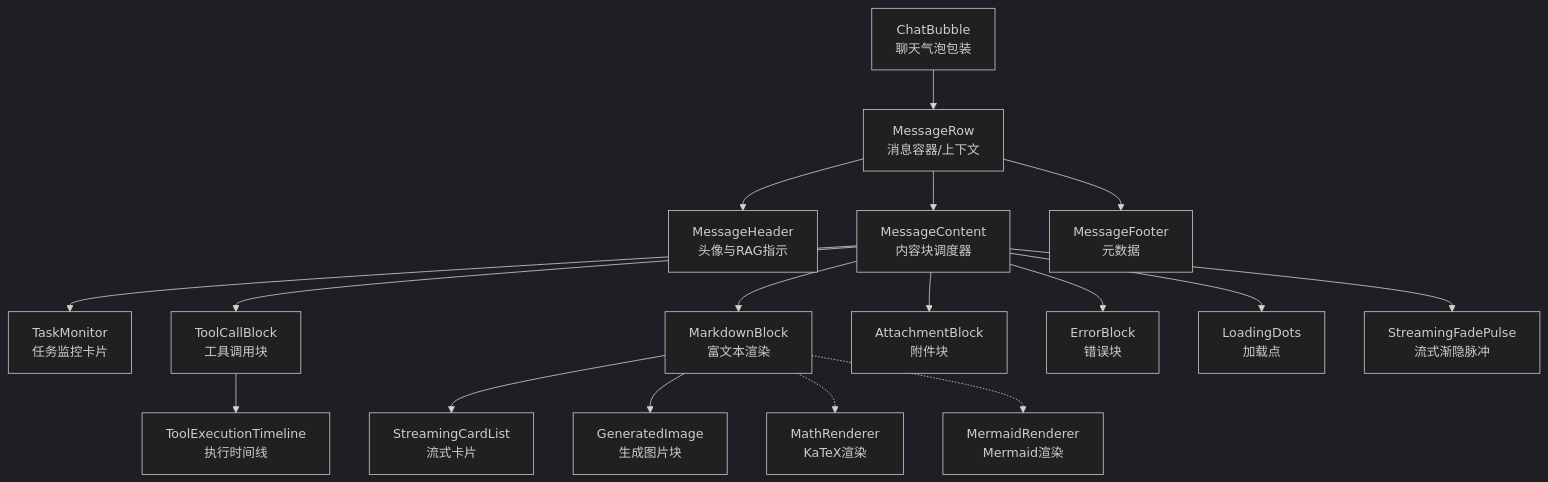
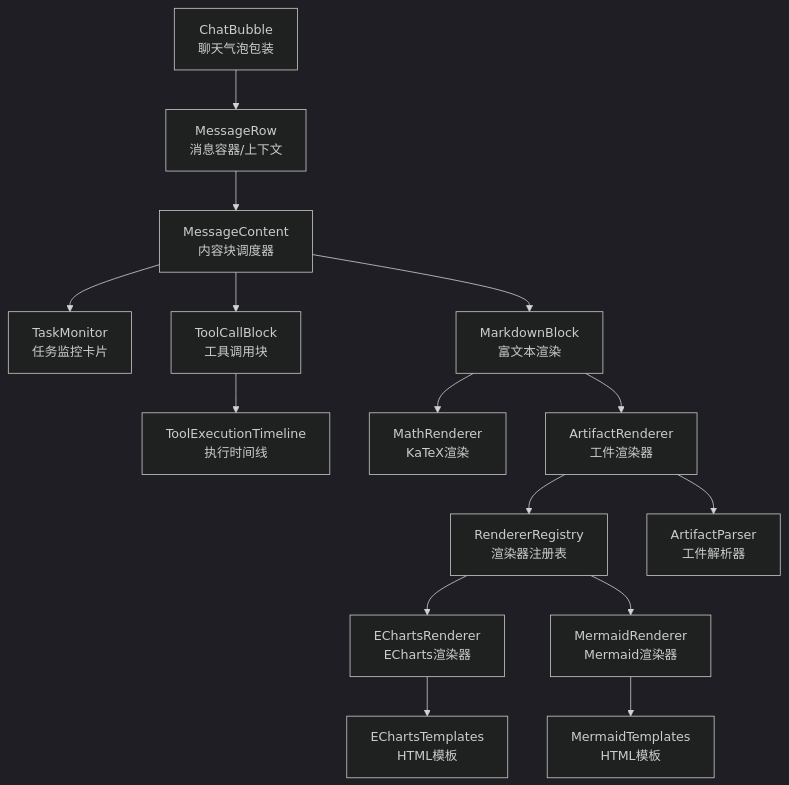
Before and after one commit to NarcisWL/Nexara: the first of 11 diagrams in .qoder/repowiki/zh/content/UI组件系统/聊天组件.md, drawn with Mermaid (dark theme). The commit also changed other lines of this file and 4 other files, not shown here.

````diff
--- a/.qoder/repowiki/zh/content/UI组件系统/聊天组件.md
+++ b/.qoder/repowiki/zh/content/UI组件系统/聊天组件.md
@@ -56,19 +76,17 @@
 ```mermaid
 graph TB
 ChatBubble["ChatBubble<br/>聊天气泡包装"] --> MessageRow["MessageRow<br/>消息容器/上下文"]
-MessageRow --> MessageHeader["MessageHeader<br/>头像与RAG指示"]
 MessageRow --> MessageContent["MessageContent<br/>内容块调度器"]
-MessageRow --> MessageFooter["MessageFooter<br/>元数据"]
 MessageContent --> TaskMonitor["TaskMonitor<br/>任务监控卡片"]
 MessageContent --> ToolCallBlock["ToolCallBlock<br/>工具调用块"]
 ToolCallBlock --> ToolExecutionTimeline["ToolExecutionTimeline<br/>执行时间线"]
 MessageContent --> MarkdownBlock["MarkdownBlock<br/>富文本渲染"]
-MarkdownBlock --> StreamingCardList["StreamingCardList<br/>流式卡片"]
-MarkdownBlock --> GeneratedImage["GeneratedImage<br/>生成图片块"]
-MessageContent --> AttachmentBlock["AttachmentBlock<br/>附件块"]
-MessageContent --> ErrorBlock["ErrorBlock<br/>错误块"]
-MessageContent --> LoadingDots["LoadingDots<br/>加载点"]
-MessageContent --> StreamingFadePulse["StreamingFadePulse<br/>流式渐隐脉冲"]
-MarkdownBlock -.-> MathRenderer["MathRenderer<br/>KaTeX渲染"]
-MarkdownBlock -.-> MermaidRenderer["MermaidRenderer<br/>Mermaid渲染"]
+MarkdownBlock --> MathRenderer["MathRenderer<br/>KaTeX渲染"]
+MarkdownBlock --> ArtifactRenderer["ArtifactRenderer<br/>工件渲染器"]
+ArtifactRenderer --> RendererRegistry["RendererRegistry<br/>渲染器注册表"]
+RendererRegistry --> EChartsRenderer["EChartsRenderer<br/>ECharts渲染器"]
+RendererRegistry --> MermaidRenderer["MermaidRenderer<br/>Mermaid渲染器"]
+EChartsRenderer --> EChartsTemplates["EChartsTemplates<br/>HTML模板"]
+MermaidRenderer --> MermaidTemplates["MermaidTemplates<br/>HTML模板"]
+ArtifactRenderer --> ArtifactParser["ArtifactParser<br/>工件解析器"]
 ```
````
